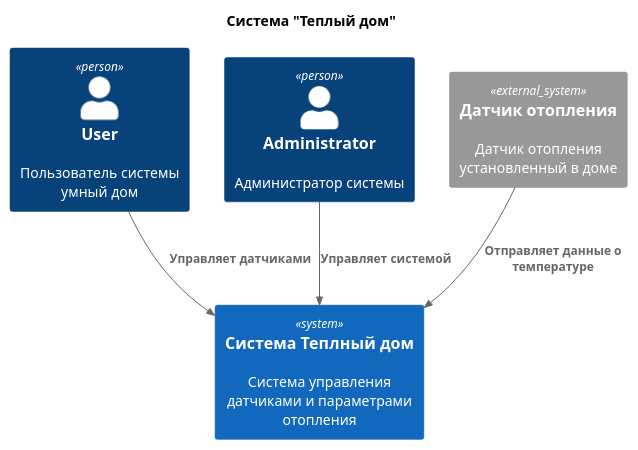
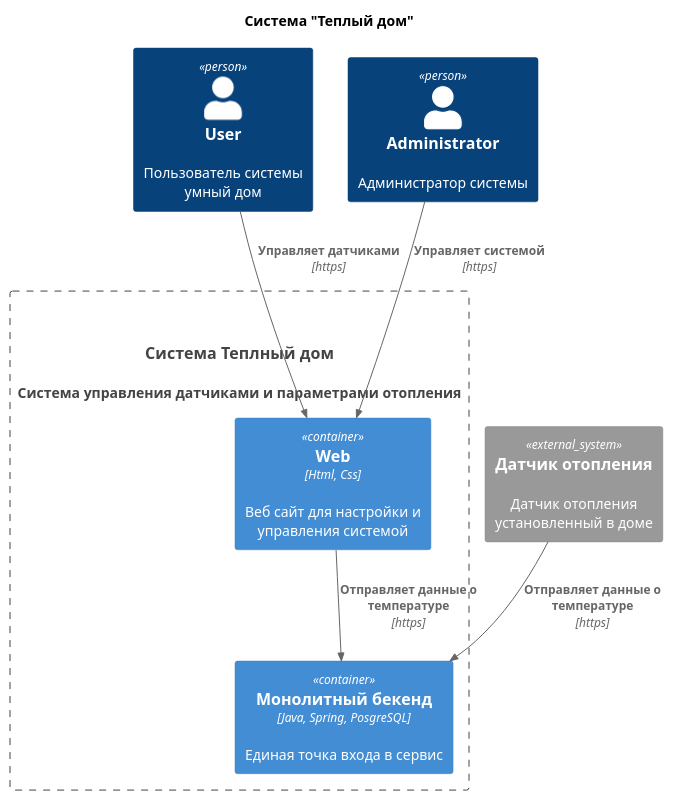
The diagram in part1/Context.puml (AlexVolkow/architecture-sprint-3), drawn with PlantUML before and after one commit. The commit also changed 7 other files, not shown here.

```diff
--- a/part1/Context.puml
+++ b/part1/Context.puml
@@ -1,19 +1,26 @@
 @startuml
 title Система "Теплый дом"
 
 top to bottom direction
 
 !includeurl https://raw.githubusercontent.com/RicardoNiepel/C4-PlantUML/master/C4_Component.puml
 
 Person(user, "User", "Пользователь системы умный дом")
 Person(admin, "Administrator", "Администратор системы")
-System(WarmHouseSystem, "Система Теплный дом", "Система управления датчиками и параметрами отопления")
+
+System(WarmHouseSystem, "Система Теплный дом", "Система управления датчиками и параметрами отопления", "Java")
+
+Container_Boundary(WarmHouseSystem, "Панель управления", "Java, Spring Boot, PostgreSQL") {
+    Container(WebApp, "Web ", "Html, Css", "Веб сайт для настройки и управления системой")
+    Container(Backend, "Монолитный бекенд", "Java, Spring, PosgreSQL", "Единая точка входа в сервис")
+}
 
 System_Ext(sensor, "Датчик отопления", "Датчик отопления установленный в доме")
 
-Rel(user, WarmHouseSystem, "Управляет датчиками")
-Rel(admin,WarmHouseSystem, "Управляет системой")
+Rel(user, WebApp, "Управляет датчиками", https)
+Rel(admin,WebApp, "Управляет системой", https)
 
-Rel(sensor,WarmHouseSystem,"Отправляет данные о температуре")
+Rel(sensor,Backend,"Отправляет данные о температуре", https)
+Rel(WebApp,Backend,"Отправляет данные о температуре", https)
 
 @enduml
```
